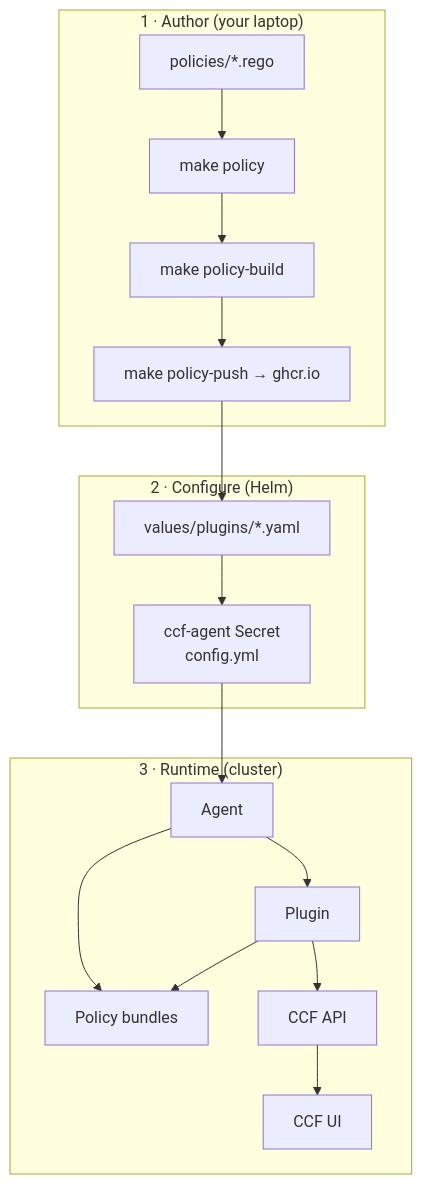
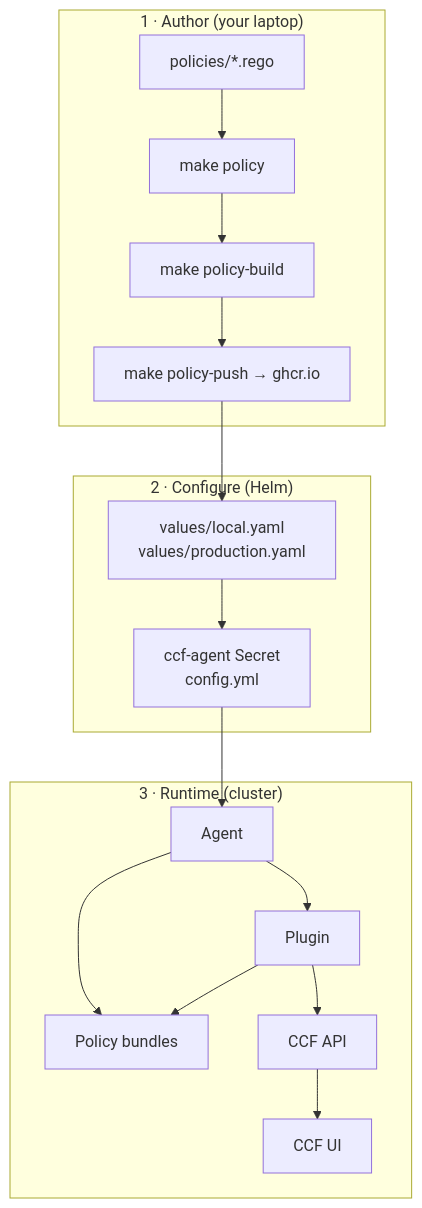
One commit to erasmo-dominguez-stuff/continuous-compliace-framework-poc changed the first of 2 diagrams in docs/policies-and-plugins.md. Above: the diagram before and after it, drawn with Mermaid. The commit also changed other lines of this file and 58 other files, not shown here.

````diff
--- a/docs/policies-and-plugins.md
+++ b/docs/policies-and-plugins.md
@@ -7,30 +7,30 @@
 ```mermaid
 flowchart TB
     subgraph Author["1 · Author (your laptop)"]
         REGO["policies/*.rego"]
         TEST["make policy"]
         BUILD["make policy-build"]
         PUSH["make policy-push → ghcr.io"]
     end
 
     subgraph Helm["2 · Configure (Helm)"]
-        VALS["values/plugins/*.yaml"]
+        VALS["values/local.yaml<br/>values/production.yaml"]
         SECRET["ccf-agent Secret<br/>config.yml"]
     end
 
     subgraph Runtime["3 · Runtime (cluster)"]
         AGENT["Agent"]
         PLG["Plugin"]
         POL["Policy bundles"]
         API["CCF API"]
         UI["CCF UI"]
     end
 
     REGO --> TEST --> BUILD --> PUSH
     PUSH --> VALS
     VALS --> SECRET --> AGENT
     AGENT --> PLG
     AGENT --> POL
     PLG --> POL
     PLG --> API --> UI
 ```
````
